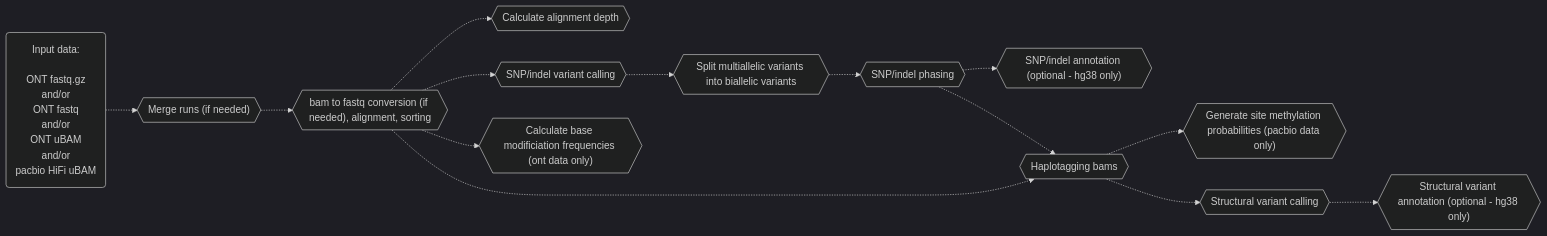
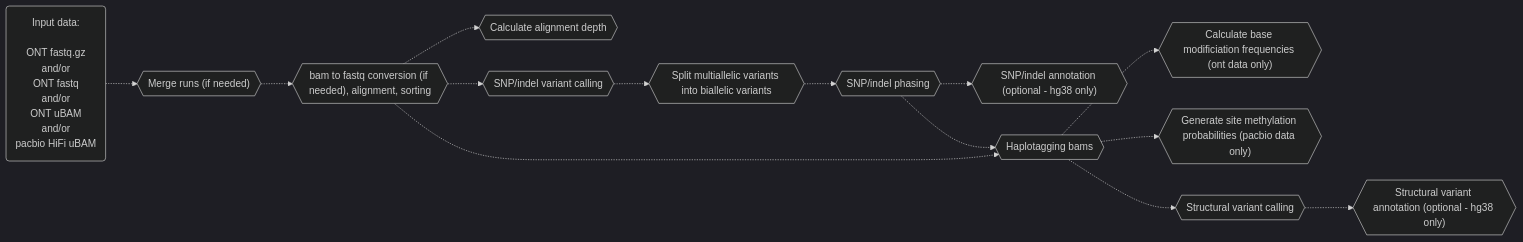
One commit to leahkemp/pipeface changed the first of 2 diagrams in README.md. Above: the diagram before and after it, drawn with Mermaid. The commit also changed other lines of this file, not shown here.

````diff
--- a/README.md
+++ b/README.md
@@ -17,27 +17,27 @@
 ```mermaid
 %%{init: {'theme':'dark'}}%%
 flowchart LR
 
 input_data("Input data: <br><br> ONT fastq.gz <br> and/or <br> ONT fastq <br> and/or <br> ONT uBAM <br> and/or <br> pacbio HiFi uBAM")
 merging{{"Merge runs (if needed)"}}
 alignment{{"bam to fastq conversion (if needed), alignment, sorting"}}
 depth{{"Calculate alignment depth"}}
 snp_indel_calling{{"SNP/indel variant calling"}}
 split_multiallele{{"Split multiallelic variants into biallelic variants"}}
 snp_indel_phasing{{"SNP/indel phasing"}}
 snp_indel_annotation{{"SNP/indel annotation (optional - hg38 only)"}}
 haplotagging{{"Haplotagging bams"}}
 calculate_base_mod_freqs{{"Calculate base modificiation frequencies (ont data only)"}}
 generate_meth_probs{{"Generate site methylation probabilities (pacbio data only)"}}
 sv_calling{{"Structural variant calling"}}
 sv_annotation{{"Structural variant annotation (optional - hg38 only)"}}
 
 input_data-.->merging-.->alignment-.->snp_indel_calling-.->split_multiallele-.->snp_indel_phasing-.->haplotagging-.->sv_calling
 alignment-.->depth
-alignment-.->calculate_base_mod_freqs
 alignment-.->haplotagging
+haplotagging-.->calculate_base_mod_freqs
 haplotagging-.->generate_meth_probs
 snp_indel_phasing-.->snp_indel_annotation
 sv_calling-.->sv_annotation
 
 ```
````
